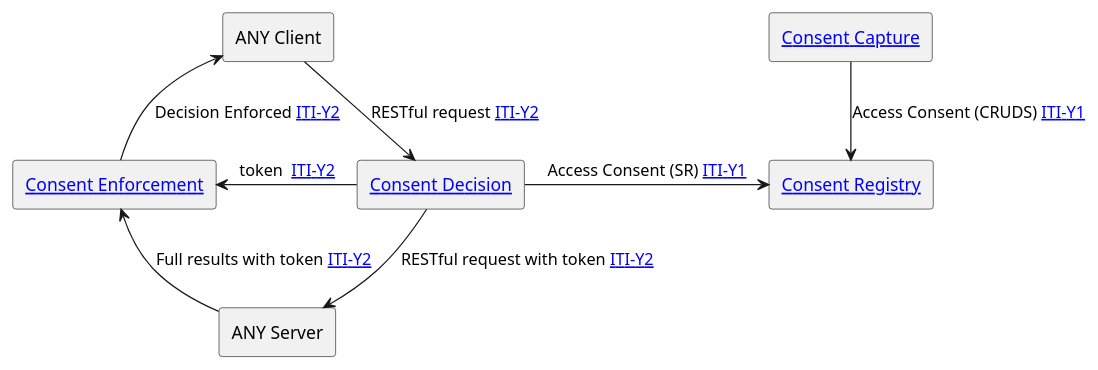
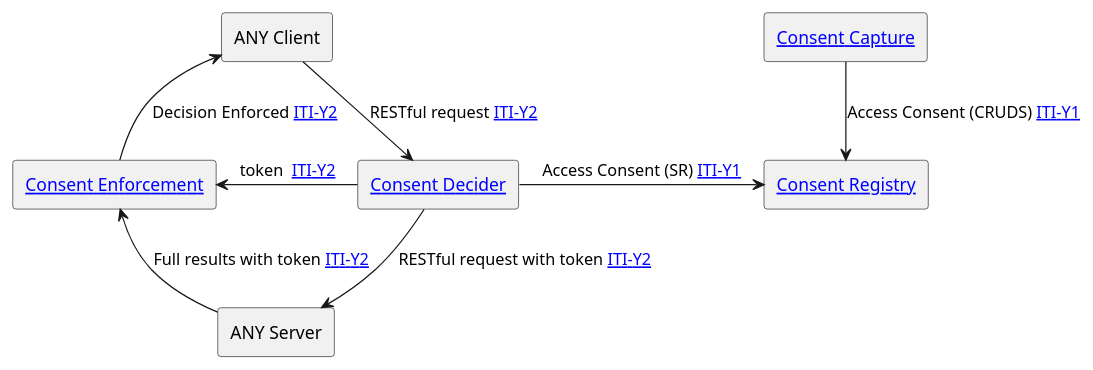
One commit to IHE/ITI.PCF changed the diagram in input/images-source/ActorsAndTransactions.plantuml. Above: the diagram before and after it, drawn with PlantUML. The commit also changed 5 other files, not shown here.

```diff
--- a/input/images-source/ActorsAndTransactions.plantuml
+++ b/input/images-source/ActorsAndTransactions.plantuml
@@ -1,15 +1,15 @@
 @startuml
 agent "[[#consentcapture Consent Capture]]" as capture
 agent "[[#consentregistry Consent Registry]]" as registry
 capture -down-> registry : "Access Consent (CRUDS) [[ITI-Y1.html ITI-Y1]]"
 agent "ANY Client" as client 
-agent "[[#consentdecision Consent Decision]]" as decision
+agent "[[#consentdecision Consent Decider]]" as decision
 agent "ANY Server" as server 
 agent "[[#consentenforce Consent Enforcement]]" as enforce
 client -down-> decision : "RESTful request [[ITI-Y2.html ITI-Y2]]"
 decision -right-> registry: "Access Consent (SR) [[ITI-Y1.html ITI-Y1]]"
 decision -down-> server : "RESTful request with token [[ITI-Y2.html ITI-Y2]]"
 decision --left--> enforce : "token  [[ITI-Y2.html ITI-Y2]]"
 server -up-> enforce : "Full results with token [[ITI-Y2.html ITI-Y2]]"
 enforce -up-> client : "Decision Enforced [[ITI-Y2.html ITI-Y2]]"
 @enduml
```
